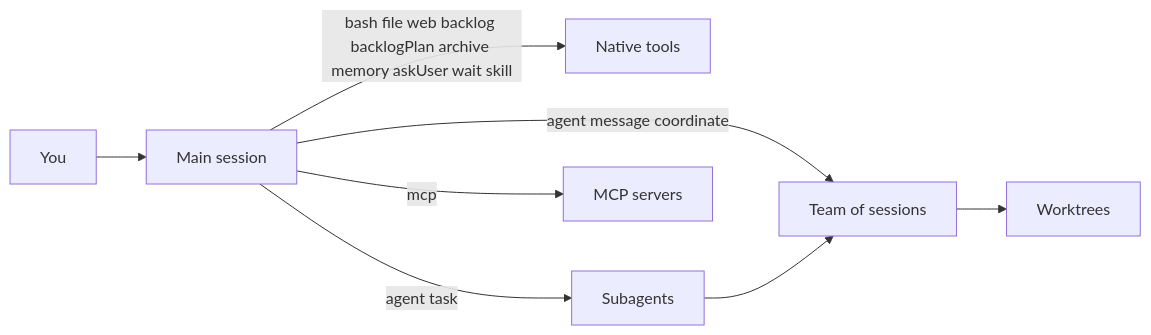
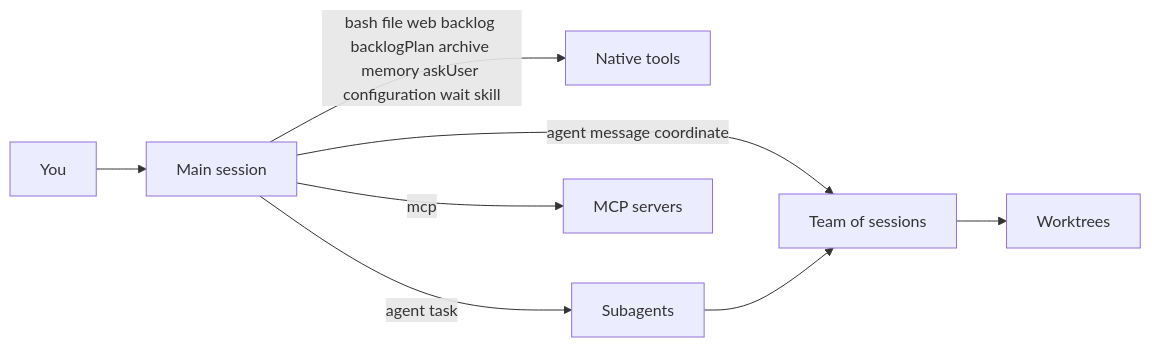
The first of 22 diagrams in packages/coding-agent/docs/native-features.md (bgauryy/octocode-coding-agent), drawn with Mermaid before and after one commit. The commit also changed other lines of this file and 1026 other files, not shown here.

````diff
--- a/packages/coding-agent/docs/native-features.md
+++ b/packages/coding-agent/docs/native-features.md
@@ -5,10 +5,10 @@
 ```mermaid
 flowchart LR
   U[You] --> M[Main session]
-  M -->|bash file web backlog backlogPlan archive memory askUser wait skill| T[Native tools]
+  M -->|bash file web backlog backlogPlan archive memory askUser configuration wait skill| T[Native tools]
   M -->|agent task| S[Subagents]
   M -->|agent message coordinate| TM[Team of sessions]
   M -->|mcp| X[MCP servers]
   S --> TM
   TM --> W[Worktrees]
 ```
````
